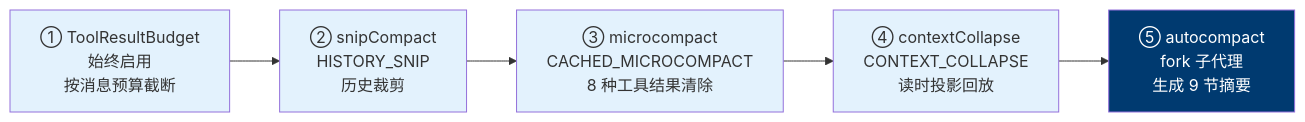
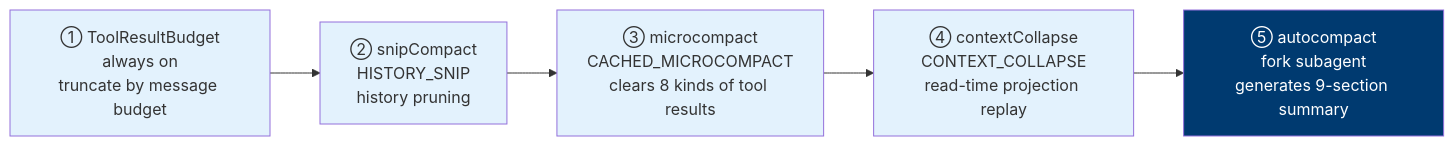
One commit to holny/Agent-Harness-Develop-Book changed the second of 46 diagrams in README.md. Above: the diagram before and after it, drawn with Mermaid. The commit also changed other lines of this file and 66 other files, not shown here.

Commit message:
Add English edition (default) with Chinese version, redraw 8 interactive diagrams in English, translate mermaid/ASCII diagrams and code comments

````diff
--- a/README.md
+++ b/README.md
@@ -671,14 +728,14 @@
 ```mermaid
 flowchart LR
-    A["① ToolResultBudget<br/>始终启用<br/>按消息预算截断"] -->
-    B["② snipCompact<br/>HISTORY_SNIP<br/>历史裁剪"] -->
-    C["③ microcompact<br/>CACHED_MICROCOMPACT<br/>8 种工具结果清除"] -->
-    D["④ contextCollapse<br/>CONTEXT_COLLAPSE<br/>读时投影回放"] -->
-    E["⑤ autocompact<br/>fork 子代理<br/>生成 9 节摘要"]
+    A["① ToolResultBudget<br/>always on<br/>truncate by message budget"] -->
+    B["② snipCompact<br/>HISTORY_SNIP<br/>history pruning"] -->
+    C["③ microcompact<br/>CACHED_MICROCOMPACT<br/>clears 8 kinds of tool results"] -->
+    D["④ contextCollapse<br/>CONTEXT_COLLAPSE<br/>read-time projection replay"] -->
+    E["⑤ autocompact<br/>fork subagent<br/>generates 9-section summary"]
 
     style A fill:#E3F2FD
     style B fill:#E3F2FD
     style C fill:#E3F2FD
     style D fill:#E3F2FD
     style E fill:#003A70,color:#fff
 ```
````
